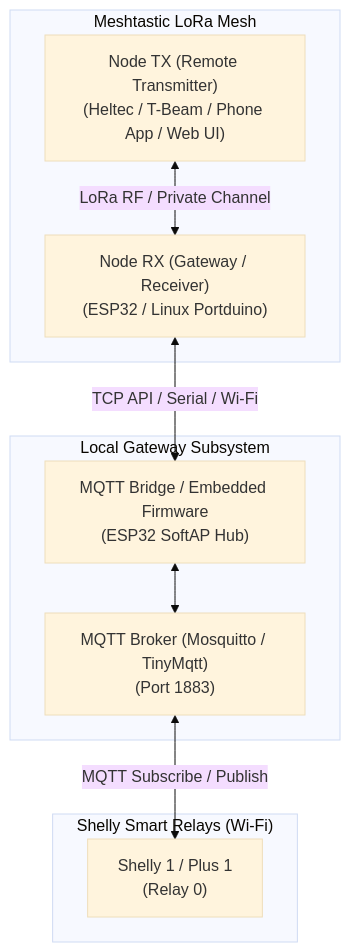
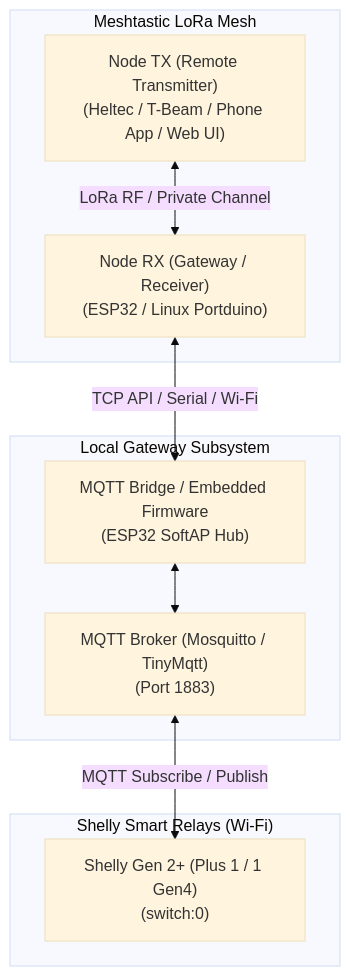
Before and after one commit to matteopantano/meshtasticator: the diagram in docs/05_multi_node_iot_mqtt_pipeline.md, drawn with Mermaid (base theme). The commit also changed other lines of this file and 11 other files, not shown here.

````diff
--- a/docs/05_multi_node_iot_mqtt_pipeline.md
+++ b/docs/05_multi_node_iot_mqtt_pipeline.md
@@ -9,19 +9,19 @@
 ```mermaid
 graph TD
     subgraph MeshNetwork ["Meshtastic LoRa Mesh"]
         NodeA["Node TX (Remote Transmitter)\n(Heltec / T-Beam / Phone App / Web UI)"]
         NodeB["Node RX (Gateway / Receiver)\n(ESP32 / Linux Portduino)"]
         NodeA <--> |LoRa RF / Private Channel| NodeB
     end
 
     subgraph LocalGateway ["Local Gateway Subsystem"]
         NodeB <--> |TCP API / Serial / Wi-Fi| Bridge["MQTT Bridge / Embedded Firmware\n(ESP32 SoftAP Hub)"]
         Broker["MQTT Broker (Mosquitto / TinyMqtt)\n(Port 1883)"]
         Bridge <--> Broker
     end
 
     subgraph TargetDevices ["Shelly Smart Relays (Wi-Fi)"]
-        Shelly1["Shelly 1 / Plus 1\n(Relay 0)"]
+        Shelly1["Shelly Gen 2+ (Plus 1 / 1 Gen4)\n(switch:0)"]
         Broker <--> |MQTT Subscribe / Publish| Shelly1
     end
 ```
````
